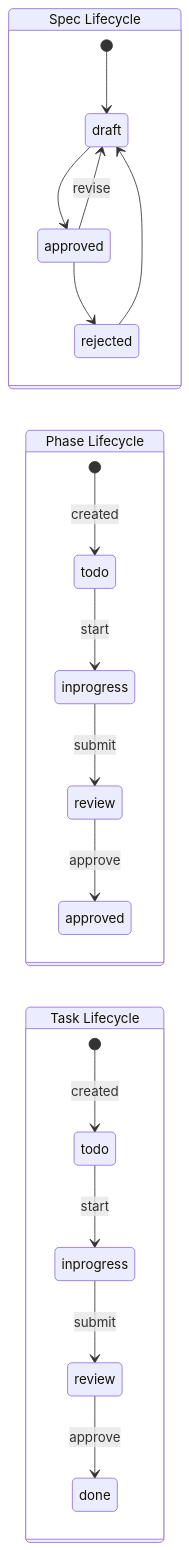
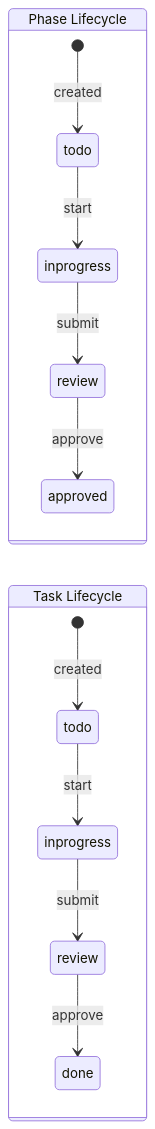
Before and after one commit to matlockx/workflow: the third of 4 diagrams in README.md, drawn with Mermaid. The commit also changed other lines of this file and 22 other files, not shown here.

````diff
--- a/README.md
+++ b/README.md
@@ -305,36 +292,28 @@
 ```mermaid
 stateDiagram-v2
     direction LR
-
-    state "Spec Lifecycle" as spec {
-        [*] --> draft
-        draft --> approved
-        approved --> rejected
-        approved --> draft : revise
-        rejected --> draft
-    }
 
     state "Phase Lifecycle" as phase {
         [*] --> p_todo : created
         p_todo --> p_inprogress : start
         p_inprogress --> p_review : submit
         p_review --> p_approved : approve
 
         p_todo : todo
         p_inprogress : inprogress
         p_review : review
         p_approved : approved
     }
 
     state "Task Lifecycle" as task {
         [*] --> t_todo : created
         t_todo --> t_inprogress : start
         t_inprogress --> t_review : submit
         t_review --> t_done : approve
 
         t_todo : todo
         t_inprogress : inprogress
         t_review : review
         t_done : done
     }
 ```
````
